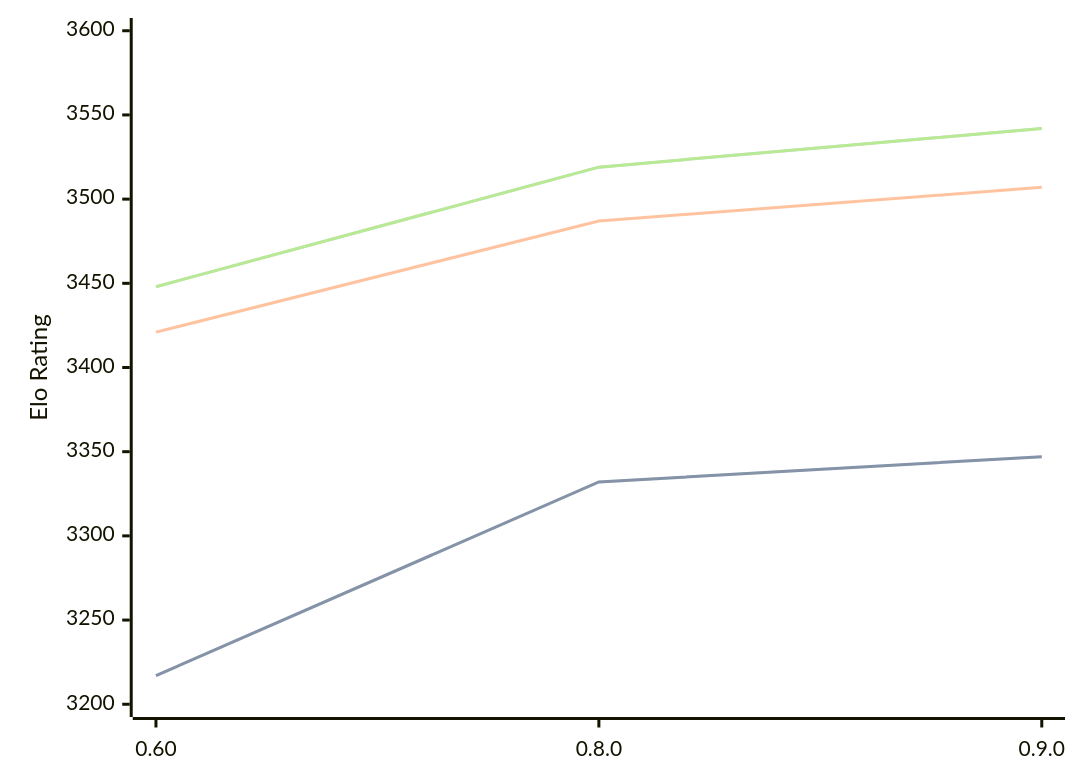
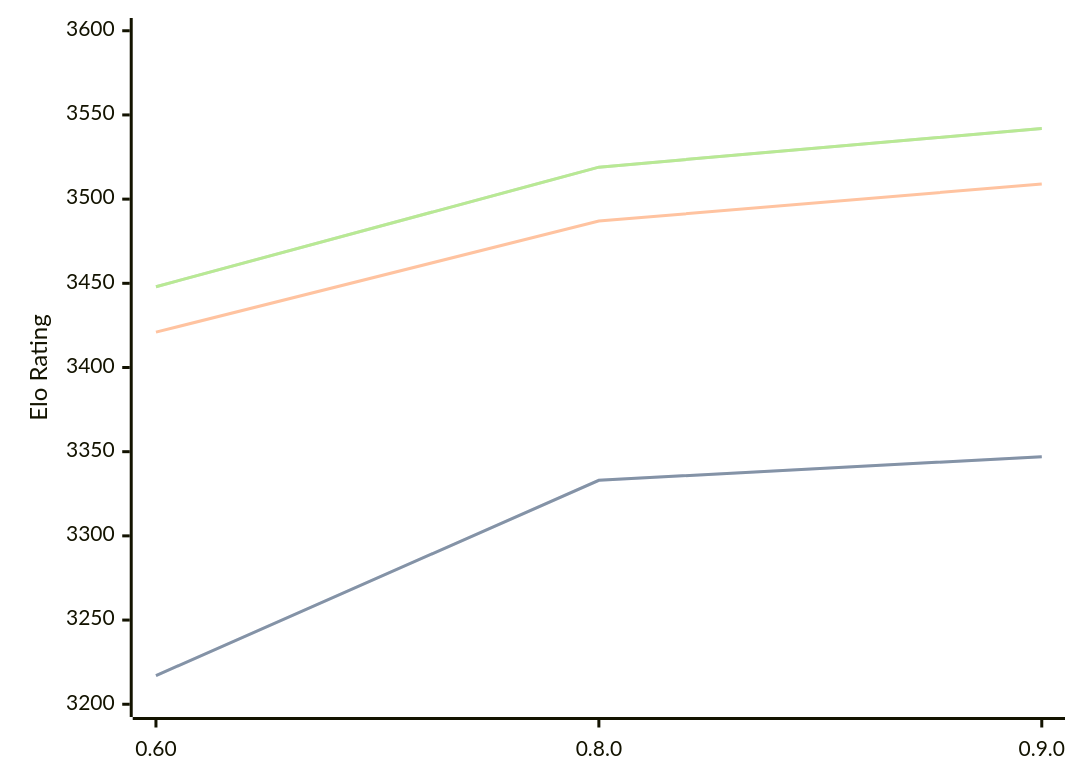
Before and after one commit to computer-chess-index/cci: the diagram in engines/Motor.md, drawn with Mermaid. The commit also changed other lines of this file, not shown here.

````diff
--- a/engines/Motor.md
+++ b/engines/Motor.md
@@ -33,11 +33,11 @@
 ```mermaid
 %%{init: {"theme":"base","themeVariables":{"seriesColors:['#a3a3a3','#222221','#faa371']}}}%%
 xychart-beta
   x-axis ["0.60", "0.8.0", "0.9.0"]
   y-axis "Elo Rating" 3200 --> 3600
-  line "" [3217, 3332, 3347]
-  line "STC (8.0+0.08s)" [3217, 3332, 3347]
-  line "LTC (60.0+0.60s)" [3421, 3487, 3507]
+  line "" [3217, 3333, 3347]
+  line "STC (8.0+0.08s)" [3217, 3333, 3347]
+  line "LTC (60.0+0.60s)" [3421, 3487, 3509]
   line "" [3448, 3519, 3542]
   line "VLTC (2m24s+1.12s)" [3448, 3519, 3542]
 ```
````
